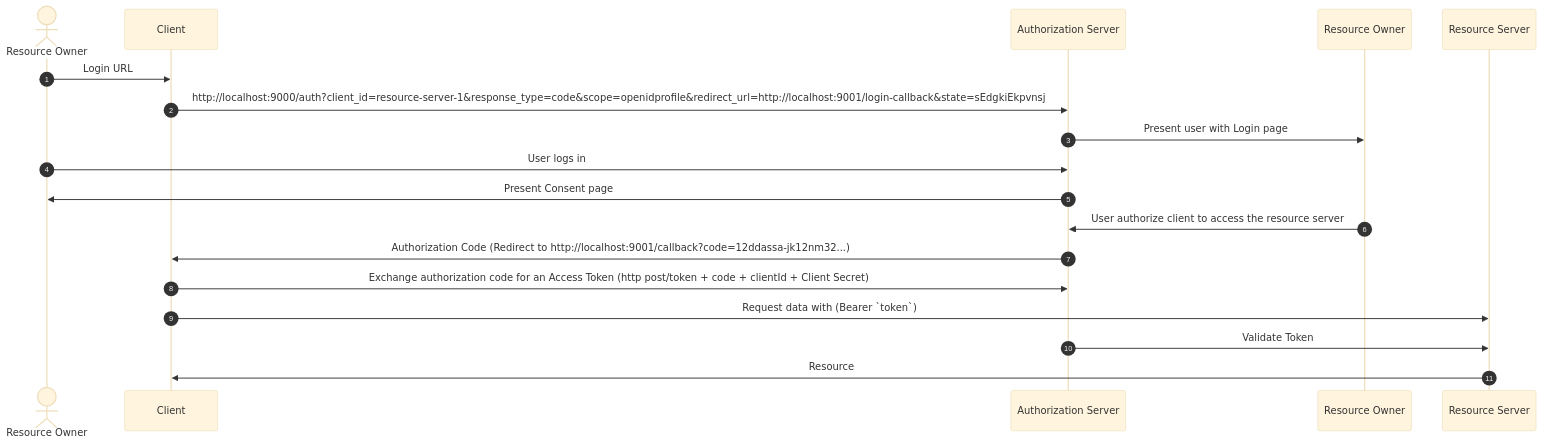
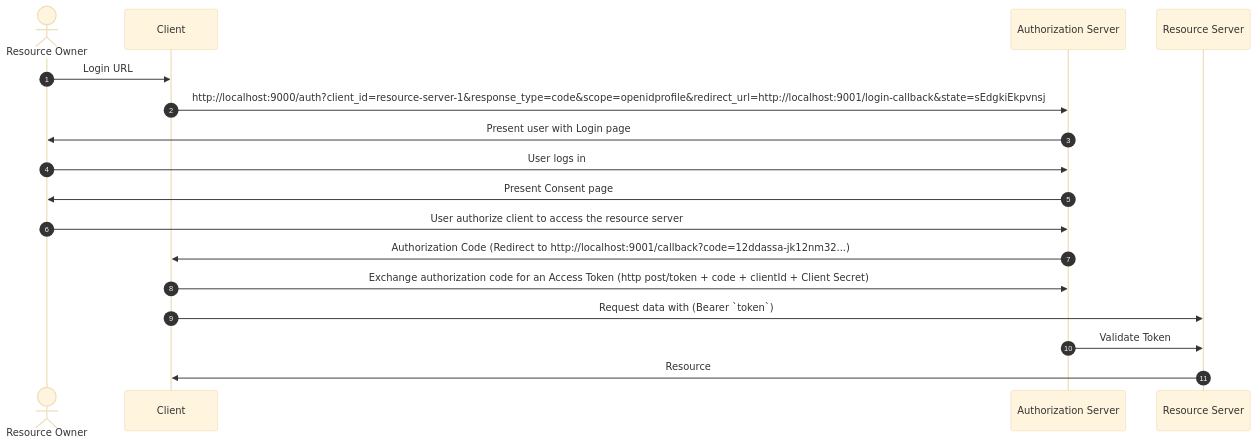
Before and after one commit to m-thirumal/oauth-authorization-server: the diagram in docs/index.md, drawn with Mermaid (base theme).

````diff
--- a/docs/index.md
+++ b/docs/index.md
@@ -9,18 +9,20 @@
 ``` mermaid
 sequenceDiagram
   actor O AS  Resource Owner
   participant C AS Client
+  participant A AS Authorization Server
+  participant R AS Resource Server
   autonumber
   O->>C: Login URL
-  C->>Authorization Server: http://localhost:9000/auth?client_id=resource-server-1&response_type=code&scope=openidprofile&redirect_url=http://localhost:9001/login-callback&state=sEdgkiEkpvnsj
-  Authorization Server->>Resource Owner: Present user with Login page
-  O->> Authorization Server: User logs in
-  Authorization Server->>O: Present Consent page
-  Resource Owner->> Authorization Server: User authorize client to access the resource server
-  Authorization Server->>C: Authorization Code (Redirect to http://localhost:9001/callback?code=12ddassa-jk12nm32...)
-  C->>Authorization Server: Exchange authorization code for an Access Token (http post/token + code + clientId + Client Secret)
-  C->>Resource Server: Request data with (Bearer `token`)
-  Authorization Server ->>Resource Server: Validate Token
-  Resource Server->>C: Resource
+  C->>A: http://localhost:9000/auth?client_id=resource-server-1&response_type=code&scope=openidprofile&redirect_url=http://localhost:9001/login-callback&state=sEdgkiEkpvnsj
+  A->>O: Present user with Login page
+  O->>A: User logs in
+  A->>O: Present Consent page
+  O->>A: User authorize client to access the resource server
+  A->>C: Authorization Code (Redirect to http://localhost:9001/callback?code=12ddassa-jk12nm32...)
+  C->>A: Exchange authorization code for an Access Token (http post/token + code + clientId + Client Secret)
+  C->>R: Request data with (Bearer `token`)
+  A->>R: Validate Token
+  R->>C: Resource
 
 ```
````
